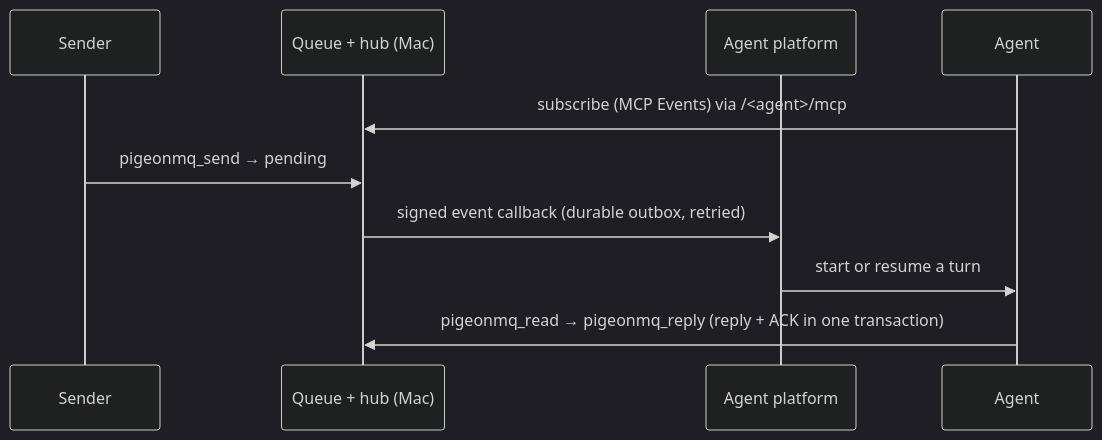
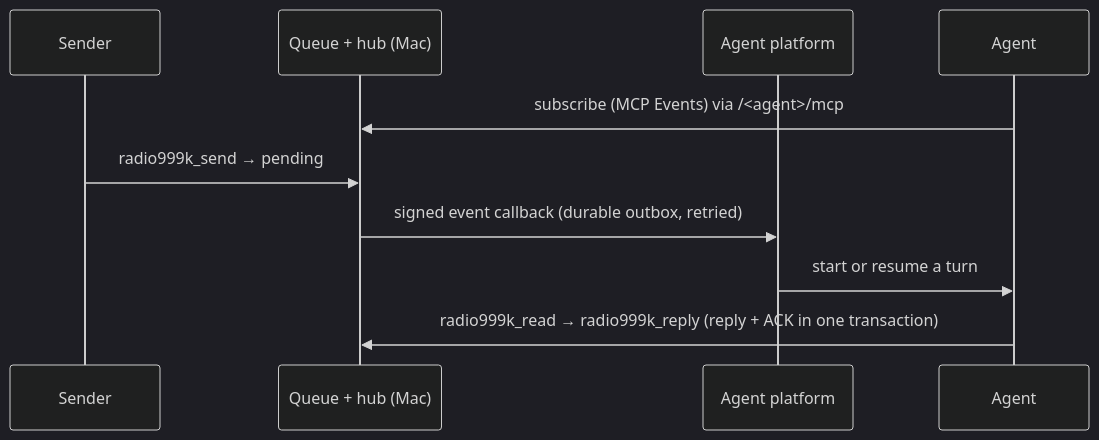
Before and after one commit to lazy9sascha/999k: the third of 5 diagrams in docs/architecture.md, drawn with Mermaid (dark theme). The commit also changed other lines of this file and 197 other files, not shown here.

````diff
--- a/docs/architecture.md
+++ b/docs/architecture.md
@@ -106,12 +106,12 @@
 ```mermaid
 sequenceDiagram
     participant S as Sender
     participant Q as Queue + hub (Mac)
     participant P as Agent platform
     participant A as Agent
     A->>Q: subscribe (MCP Events) via /<agent>/mcp
-    S->>Q: pigeonmq_send → pending
+    S->>Q: radio999k_send → pending
     Q->>P: signed event callback (durable outbox, retried)
     P->>A: start or resume a turn
-    A->>Q: pigeonmq_read → pigeonmq_reply (reply + ACK in one transaction)
+    A->>Q: radio999k_read → radio999k_reply (reply + ACK in one transaction)
 ```
````
